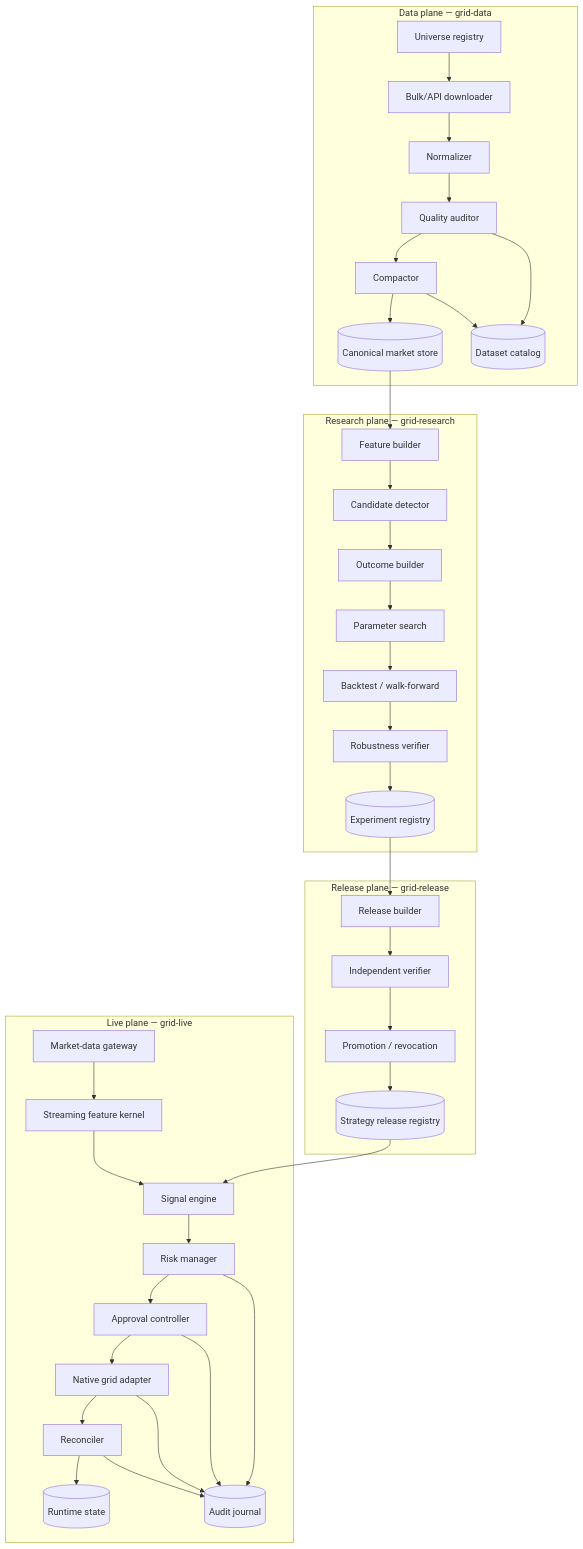
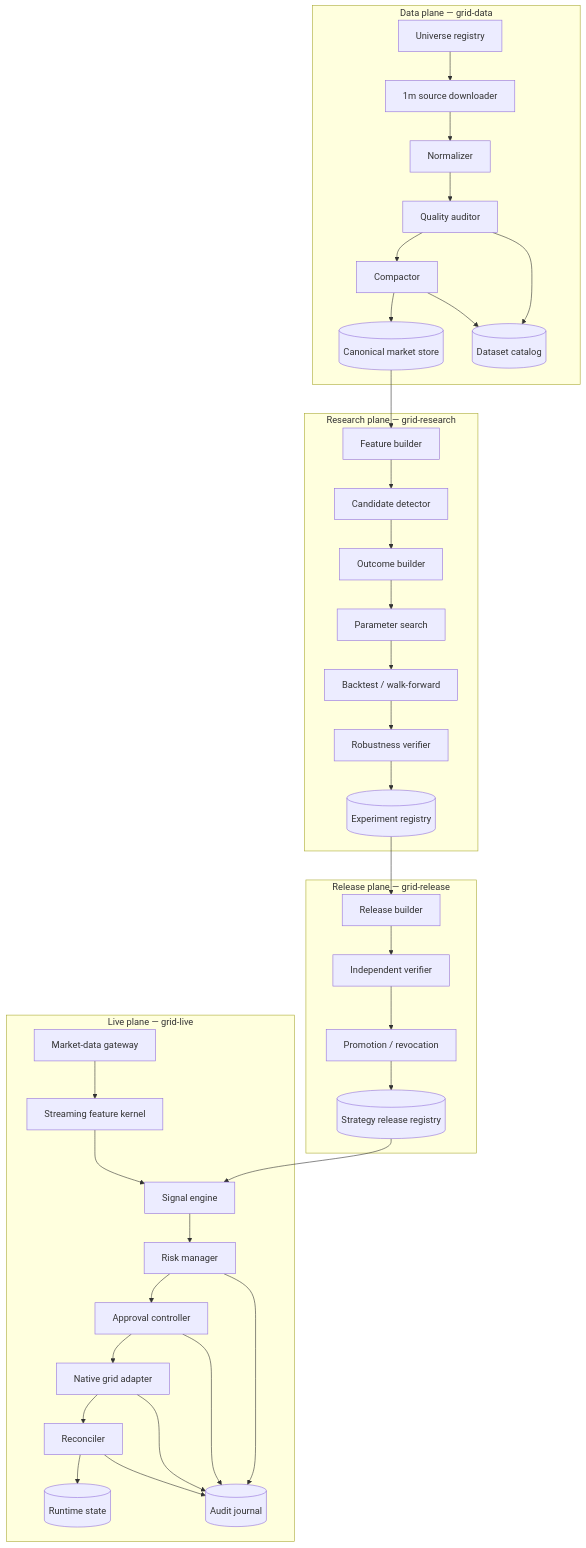
The diagram in docs/04_TARGET_ARCHITECTURE.md (brullik/brullik-bybit-grid-bot-research), drawn with Mermaid before and after one commit. The commit also changed other lines of this file and 25 other files, not shown here.

````diff
--- a/docs/04_TARGET_ARCHITECTURE.md
+++ b/docs/04_TARGET_ARCHITECTURE.md
@@ -14,53 +14,53 @@
 ```mermaid
 flowchart TB
     subgraph DataPlane[Data plane — grid-data]
       U[Universe registry]
-      DL[Bulk/API downloader]
+      DL[1m source downloader]
       N[Normalizer]
       Q[Quality auditor]
       C[Compactor]
       MS[(Canonical market store)]
       CAT[(Dataset catalog)]
       U --> DL --> N --> Q --> C --> MS
       Q --> CAT
       C --> CAT
     end
 
     subgraph ResearchPlane[Research plane — grid-research]
       FB[Feature builder]
       CD[Candidate detector]
       OB[Outcome builder]
       PS[Parameter search]
       BT[Backtest / walk-forward]
       RV[Robustness verifier]
       ER[(Experiment registry)]
       MS --> FB --> CD --> OB --> PS --> BT --> RV --> ER
     end
 
     subgraph ReleasePlane[Release plane — grid-release]
       RB[Release builder]
       IV[Independent verifier]
       PR[Promotion / revocation]
       SR[(Strategy release registry)]
       ER --> RB --> IV --> PR --> SR
     end
 
     subgraph LivePlane[Live plane — grid-live]
       MD[Market-data gateway]
       FK[Streaming feature kernel]
       SG[Signal engine]
       RM[Risk manager]
       AP[Approval controller]
       EX[Native grid adapter]
       RC[Reconciler]
       ST[(Runtime state)]
       AJ[(Audit journal)]
       SR --> SG
       MD --> FK --> SG --> RM --> AP --> EX
       EX --> RC --> ST
       RM --> AJ
       AP --> AJ
       EX --> AJ
       RC --> AJ
     end
 ```
````
